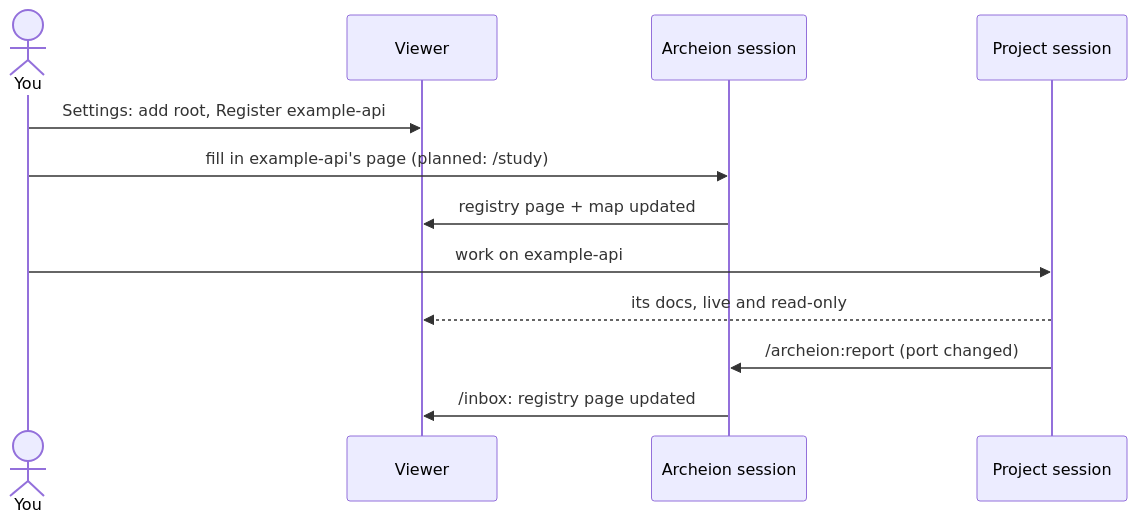
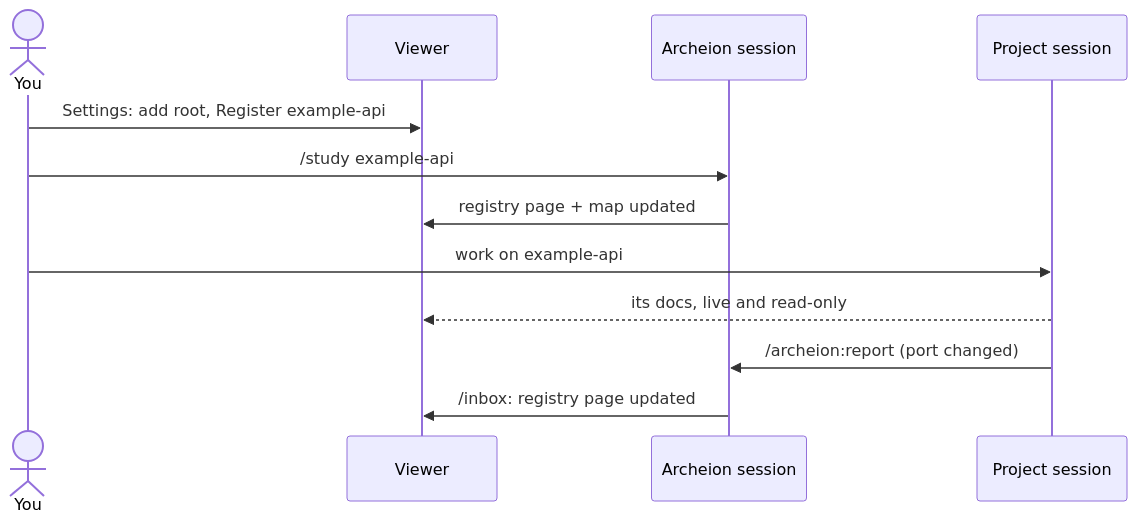
The first of 3 diagrams in docs/guides/use-cases.md (Aricato15/Archeion), drawn with Mermaid before and after one commit. The commit also changed other lines of this file and 5 other files, not shown here.

First line of the commit message:
docs: document code studies in the guides, roadmap and changelog

````diff
--- a/docs/guides/use-cases.md
+++ b/docs/guides/use-cases.md
@@ -31,14 +31,14 @@
 ```mermaid
 sequenceDiagram
   actor You
   participant V as Viewer
   participant A as Archeion session
   participant P as Project session
   You->>V: Settings: add root, Register example-api
-  You->>A: fill in example-api's page (planned: /study)
+  You->>A: /study example-api
   A->>V: registry page + map updated
   You->>P: work on example-api
   P-->>V: its docs, live and read-only
   P->>A: /archeion:report (port changed)
   A->>V: /inbox: registry page updated
 ```
````
